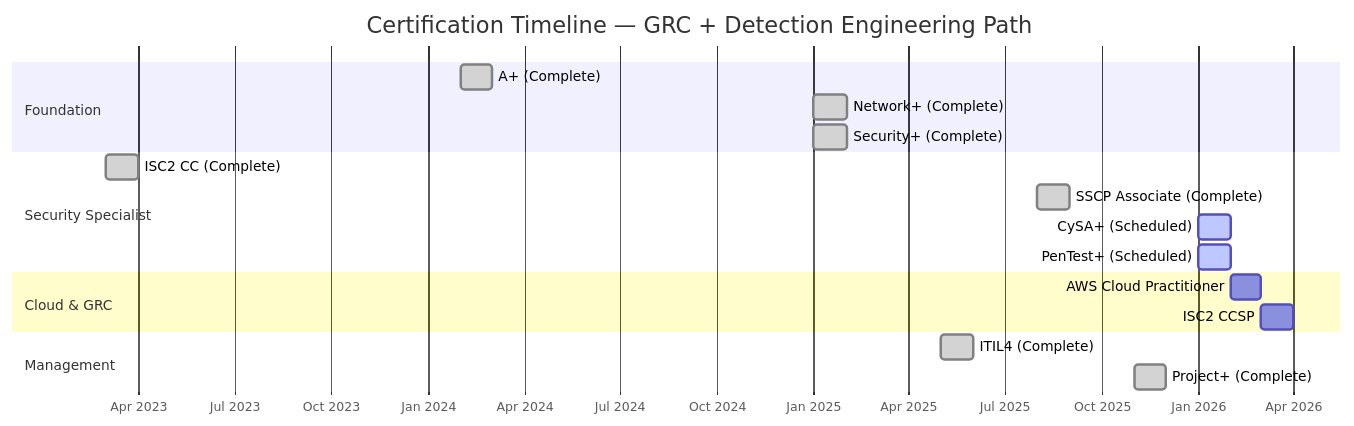
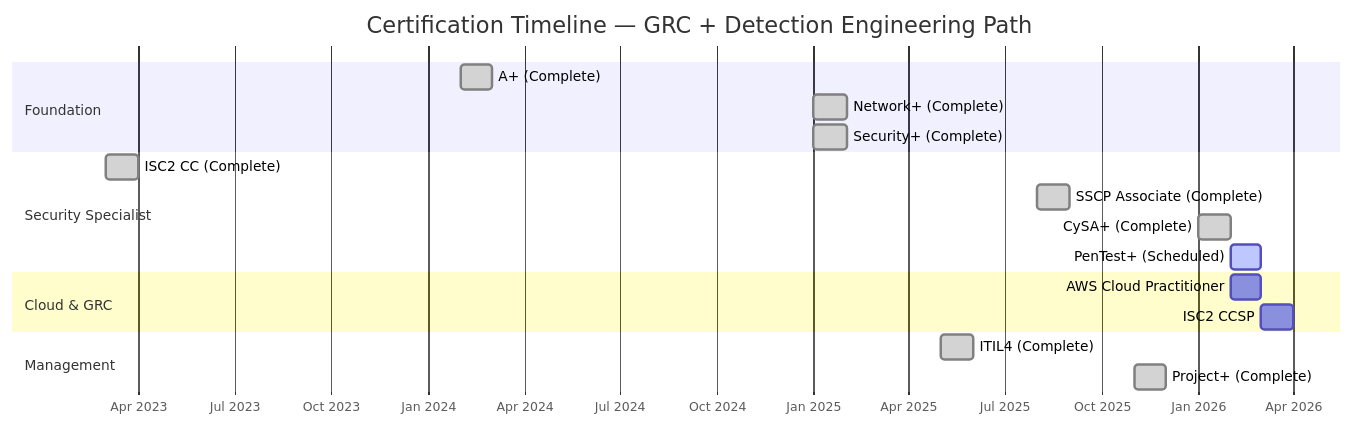
Before and after one commit to Pharns/portfolio: the diagram in docs/certifications.md, drawn with Mermaid. The commit also changed other lines of this file, not shown here.

````diff
--- a/docs/certifications.md
+++ b/docs/certifications.md
@@ -16,25 +16,25 @@
 ```mermaid
 gantt
     title Certification Timeline — GRC + Detection Engineering Path
     dateFormat YYYY-MM
     axisFormat %b %Y
 
     section Foundation
     A+ (Complete)           :done, 2024-02, 2024-03
     Network+ (Complete)     :done, 2025-01, 2025-02
     Security+ (Complete)    :done, 2025-01, 2025-02
 
     section Security Specialist
     ISC2 CC (Complete)      :done, 2023-03, 2023-04
     SSCP Associate (Complete) :done, 2025-08, 2025-09
-    CySA+ (Scheduled)       :active, 2026-01, 2026-02
-    PenTest+ (Scheduled)    :active, 2026-01, 2026-02
+    CySA+ (Complete)        :done, 2026-01, 2026-02
+    PenTest+ (Scheduled)    :active, 2026-02, 2026-03
 
     section Cloud & GRC
     AWS Cloud Practitioner  :2026-02, 2026-03
     ISC2 CCSP              :2026-03, 2026-04
 
     section Management
     ITIL4 (Complete)        :done, 2025-05, 2025-06
     Project+ (Complete)     :done, 2025-11, 2025-12
 ```
````
